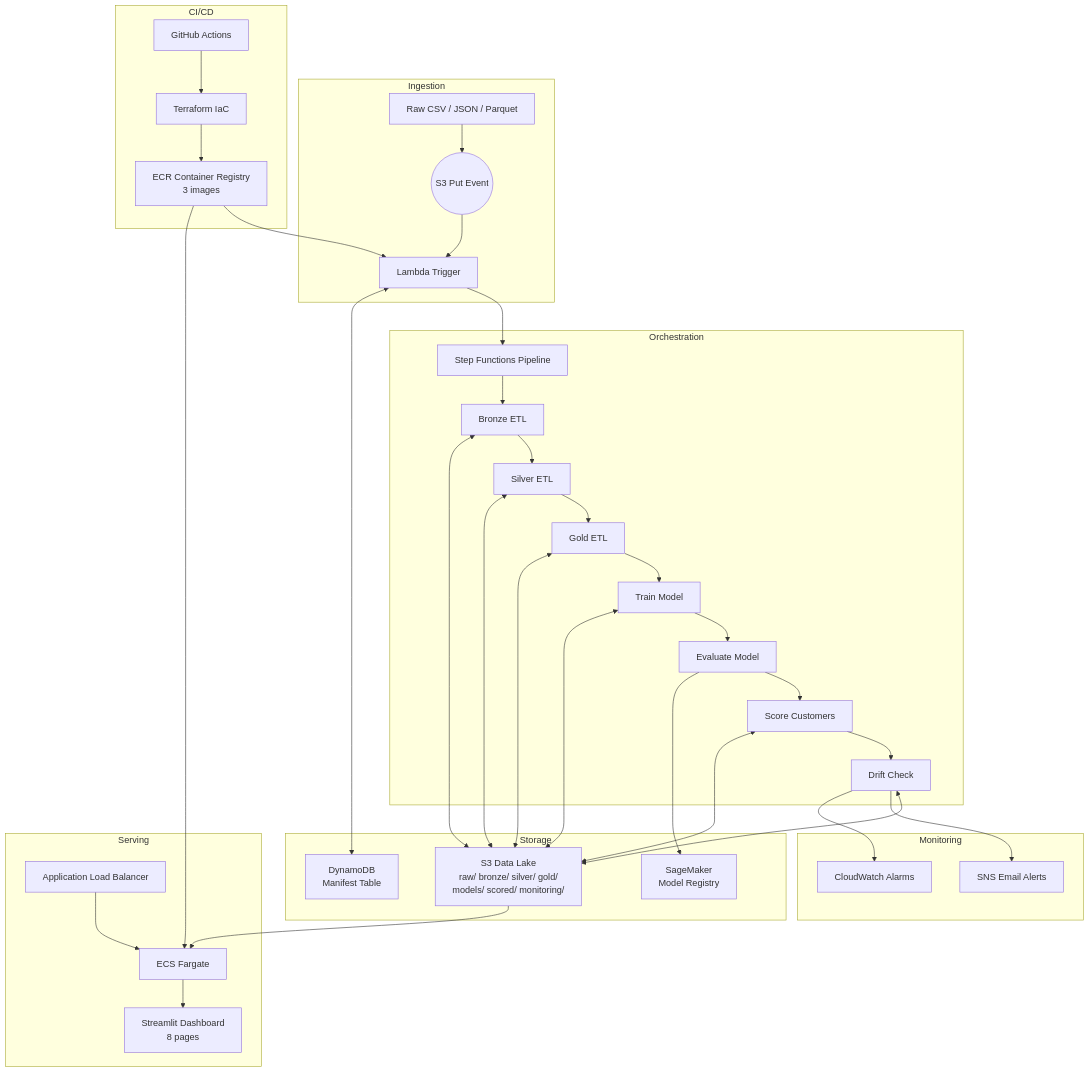
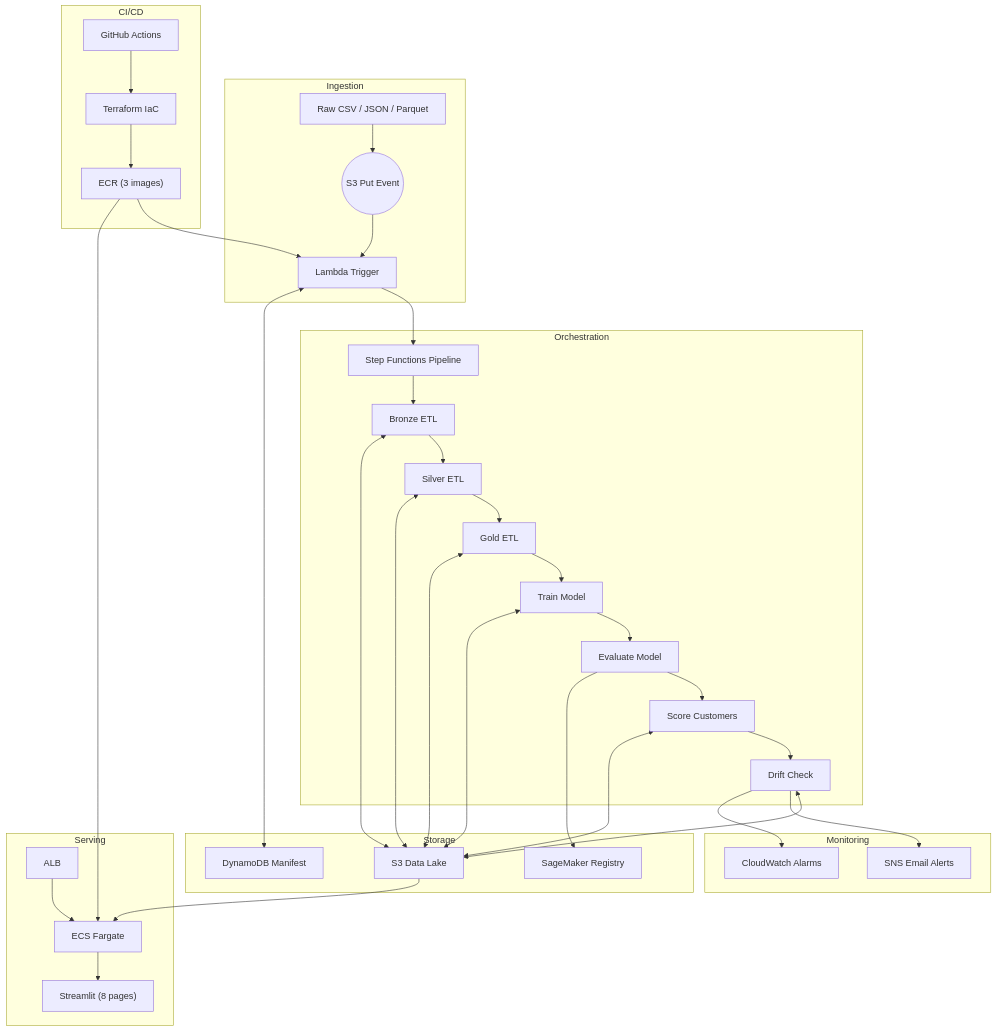
One commit to rawad-yared/bcgx-spanishgas-g1 changed the first of 8 diagrams in README.md. Above: the diagram before and after it, drawn with Mermaid. The commit also changed other lines of this file, not shown here.

First line of the commit message:
Shorten Mermaid diagram labels to prevent text clipping

````diff
--- a/README.md
+++ b/README.md
@@ -69,54 +69,54 @@
 ```mermaid
 graph TB
     subgraph Ingestion
         RAW["Raw CSV / JSON / Parquet"]
         S3PUT(("S3 Put Event"))
         LAMBDA["Lambda Trigger"]
     end
 
     subgraph Orchestration
         SFN["Step Functions Pipeline"]
         BRONZE["Bronze ETL"]
         SILVER["Silver ETL"]
         GOLD["Gold ETL"]
         TRAIN["Train Model"]
         EVAL["Evaluate Model"]
         SCORE["Score Customers"]
         DRIFT["Drift Check"]
     end
 
     subgraph Storage
-        S3["S3 Data Lake<br/>raw/ bronze/ silver/ gold/<br/>models/ scored/ monitoring/"]
-        DYNAMO["DynamoDB<br/>Manifest Table"]
-        REGISTRY["SageMaker<br/>Model Registry"]
+        S3["S3 Data Lake"]
+        DYNAMO["DynamoDB Manifest"]
+        REGISTRY["SageMaker Registry"]
     end
 
     subgraph Monitoring
         CW["CloudWatch Alarms"]
         SNS["SNS Email Alerts"]
     end
 
     subgraph Serving
-        ALB["Application Load Balancer"]
+        ALB["ALB"]
         ECS["ECS Fargate"]
-        STREAMLIT["Streamlit Dashboard<br/>8 pages"]
+        STREAMLIT["Streamlit (8 pages)"]
     end
 
     subgraph CICD["CI/CD"]
         GHA["GitHub Actions"]
         TF["Terraform IaC"]
-        ECR["ECR Container Registry<br/>3 images"]
+        ECR["ECR (3 images)"]
     end
 
     RAW --> S3PUT --> LAMBDA --> SFN
     SFN --> BRONZE --> SILVER --> GOLD --> TRAIN --> EVAL --> SCORE --> DRIFT
     BRONZE & SILVER & GOLD & TRAIN & SCORE & DRIFT <--> S3
     LAMBDA <--> DYNAMO
     EVAL --> REGISTRY
     DRIFT --> SNS
     DRIFT --> CW
     S3 --> ECS
     ALB --> ECS --> STREAMLIT
     GHA --> TF --> ECR
     ECR --> LAMBDA & ECS
 ```
````
